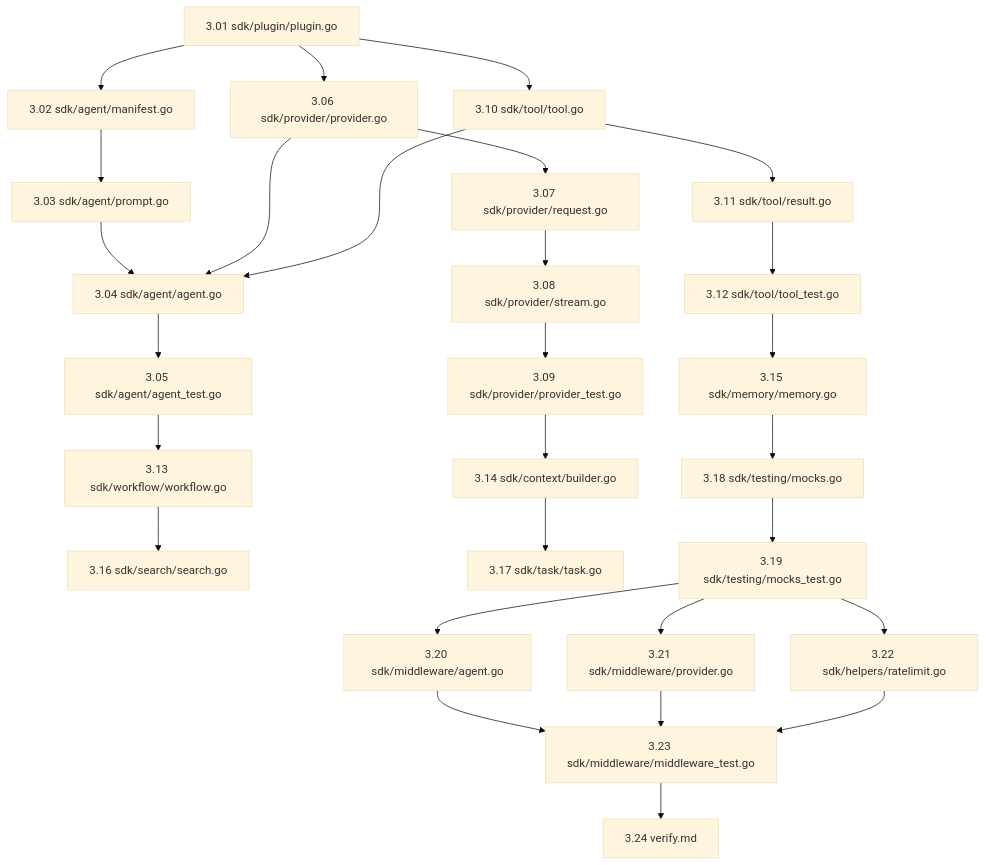
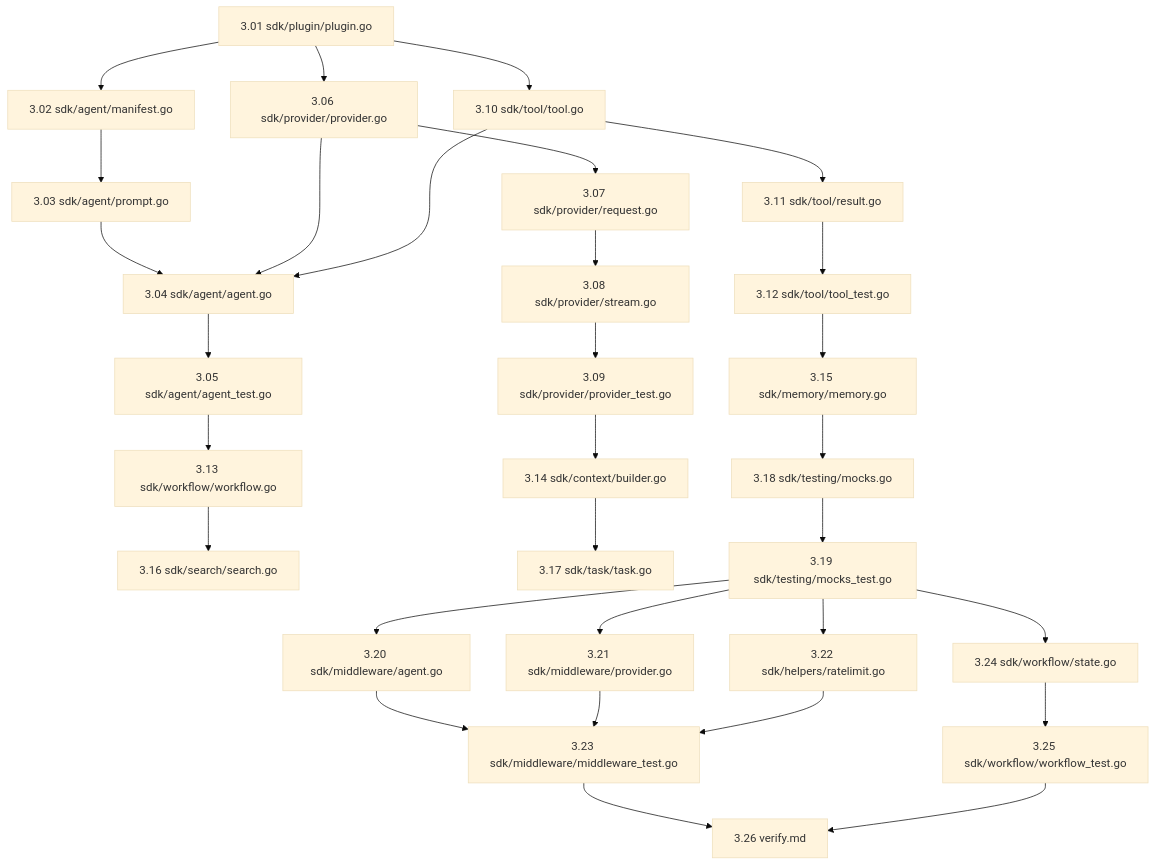
Before and after one commit to tiendat1751998/orchestrator: the diagram in docs/tasks/phase3/index.md, drawn with Mermaid (base theme). The commit also changed other lines of this file and 4 other files, not shown here.

````diff
--- a/docs/tasks/phase3/index.md
+++ b/docs/tasks/phase3/index.md
@@ -13,42 +13,47 @@
 ```mermaid
 graph TD
     %% Base Plugin SDK
     P3_01["3.01 sdk/plugin/plugin.go"] --> P3_02["3.02 sdk/agent/manifest.go"]
     P3_01 --> P3_06["3.06 sdk/provider/provider.go"]
     P3_01 --> P3_10["3.10 sdk/tool/tool.go"]
     
     %% Agent SDK
     P3_02 --> P3_03["3.03 sdk/agent/prompt.go"]
     P3_03 --> P3_04["3.04 sdk/agent/agent.go"]
     P3_06 --> P3_04
     P3_10 --> P3_04
     P3_04 --> P3_05["3.05 sdk/agent/agent_test.go"]
     
     %% Provider SDK
     P3_06 --> P3_07["3.07 sdk/provider/request.go"]
     P3_07 --> P3_08["3.08 sdk/provider/stream.go"]
     P3_08 --> P3_09["3.09 sdk/provider/provider_test.go"]
     
     %% Tool SDK
     P3_10 --> P3_11["3.11 sdk/tool/result.go"]
     P3_11 --> P3_12["3.12 sdk/tool/tool_test.go"]
     
     %% Support & Skeletons SDK
     P3_05 --> P3_13["3.13 sdk/workflow/workflow.go"]
     P3_09 --> P3_14["3.14 sdk/context/builder.go"]
     P3_12 --> P3_15["3.15 sdk/memory/memory.go"]
     
     P3_13 --> P3_16["3.16 sdk/search/search.go"]
     P3_14 --> P3_17["3.17 sdk/task/task.go"]
     P3_15 --> P3_18["3.18 sdk/testing/mocks.go"]
     
     P3_18 --> P3_19["3.19 sdk/testing/mocks_test.go"]
     P3_19 --> P3_20["3.20 sdk/middleware/agent.go"]
     P3_19 --> P3_21["3.21 sdk/middleware/provider.go"]
     P3_19 --> P3_22["3.22 sdk/helpers/ratelimit.go"]
+    P3_19 --> P3_24["3.24 sdk/workflow/state.go"]
     
     P3_20 --> P3_23["3.23 sdk/middleware/middleware_test.go"]
     P3_21 --> P3_23
     P3_22 --> P3_23
-    P3_23 --> P3_24["3.24 verify.md"]
+    
+    P3_24 --> P3_25["3.25 sdk/workflow/workflow_test.go"]
+    
+    P3_23 --> P3_26["3.26 verify.md"]
+    P3_25 --> P3_26
 ```
````
